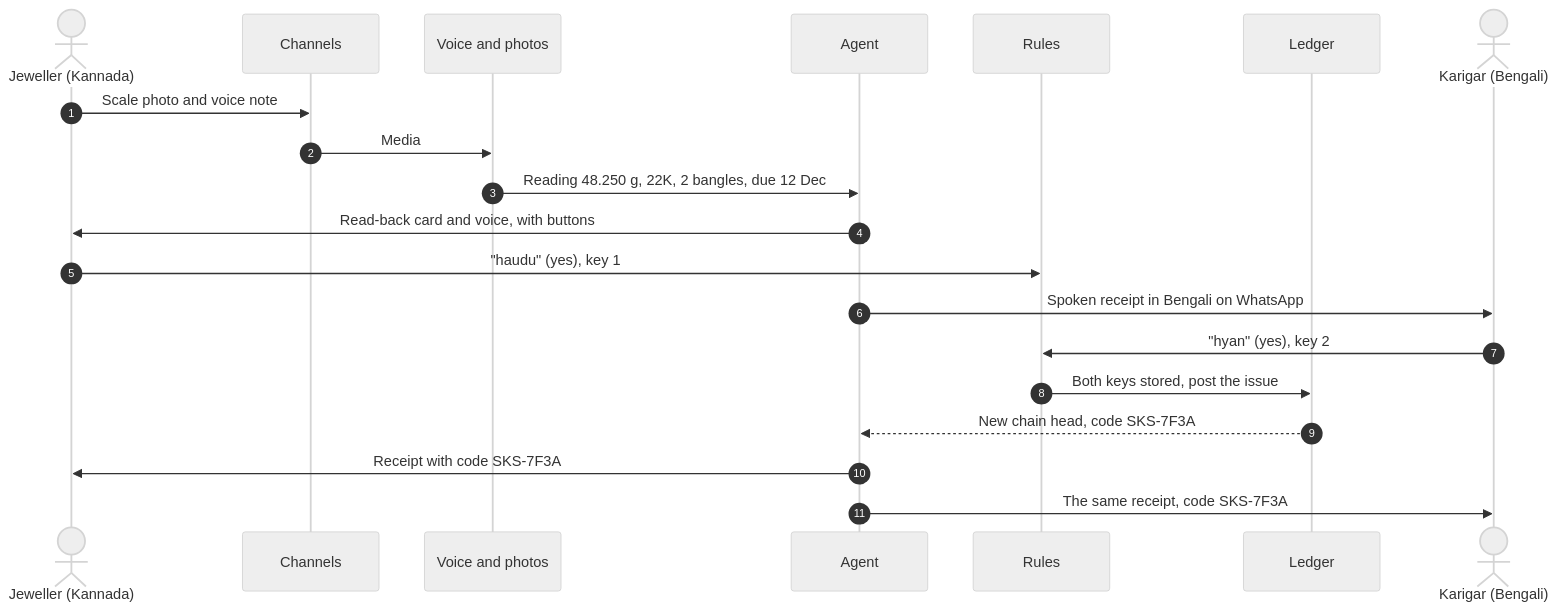
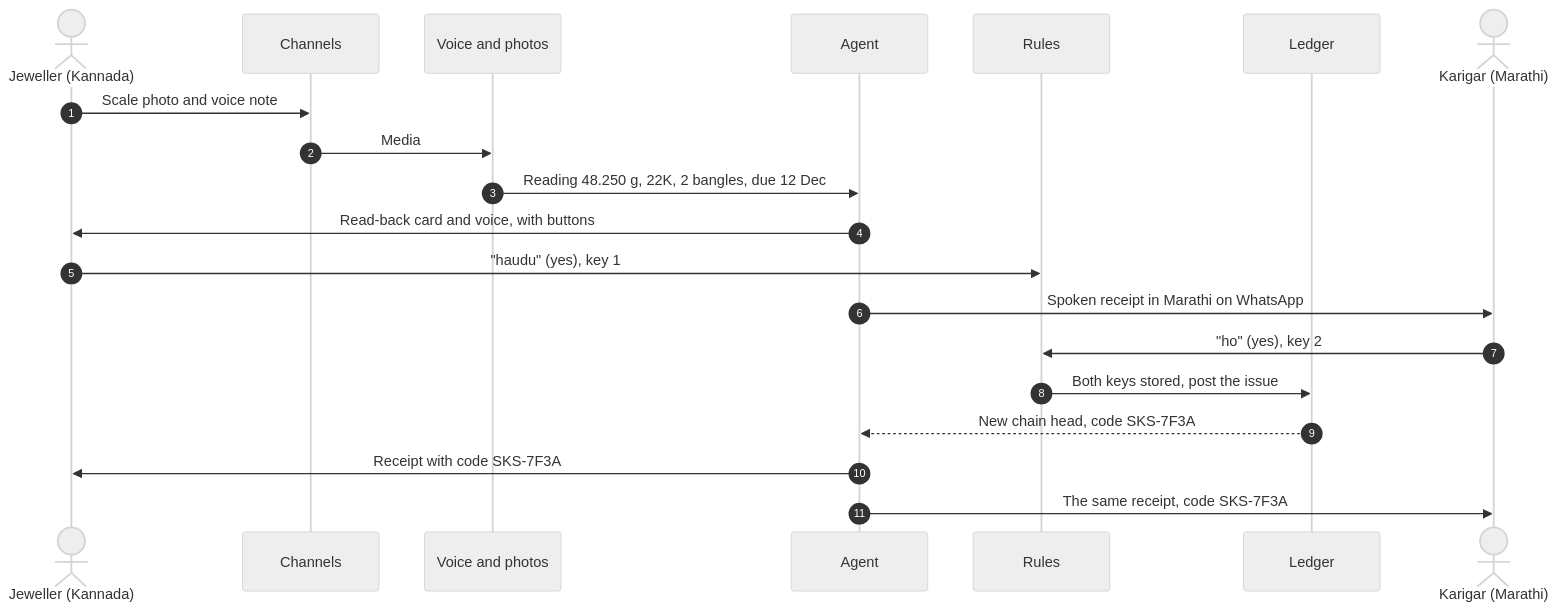
The fourth of 7 diagrams in docs/high-level-design.md (shubham-jadhav-FiatLux/saakshi), drawn with Mermaid (neutral theme) before and after one commit. The commit also changed 2 other files, not shown here.

Commit message:
Use a Marathi-speaking karigar in the worked example and the finale demo

````diff
--- a/docs/high-level-design.md
+++ b/docs/high-level-design.md
@@ -254,22 +254,22 @@
 ```mermaid
 sequenceDiagram
   autonumber
   actor J as Jeweller (Kannada)
   participant CH as Channels
   participant VP as Voice and photos
   participant AG as Agent
   participant RU as Rules
   participant LE as Ledger
-  actor K as Karigar (Bengali)
+  actor K as Karigar (Marathi)
   J->>CH: Scale photo and voice note
   CH->>VP: Media
   VP->>AG: Reading 48.250 g, 22K, 2 bangles, due 12 Dec
   AG->>J: Read-back card and voice, with buttons
   J->>RU: "haudu" (yes), key 1
-  AG->>K: Spoken receipt in Bengali on WhatsApp
-  K->>RU: "hyan" (yes), key 2
+  AG->>K: Spoken receipt in Marathi on WhatsApp
+  K->>RU: "ho" (yes), key 2
   RU->>LE: Both keys stored, post the issue
   LE-->>AG: New chain head, code SKS-7F3A
   AG->>J: Receipt with code SKS-7F3A
   AG->>K: The same receipt, code SKS-7F3A
 ```
````
